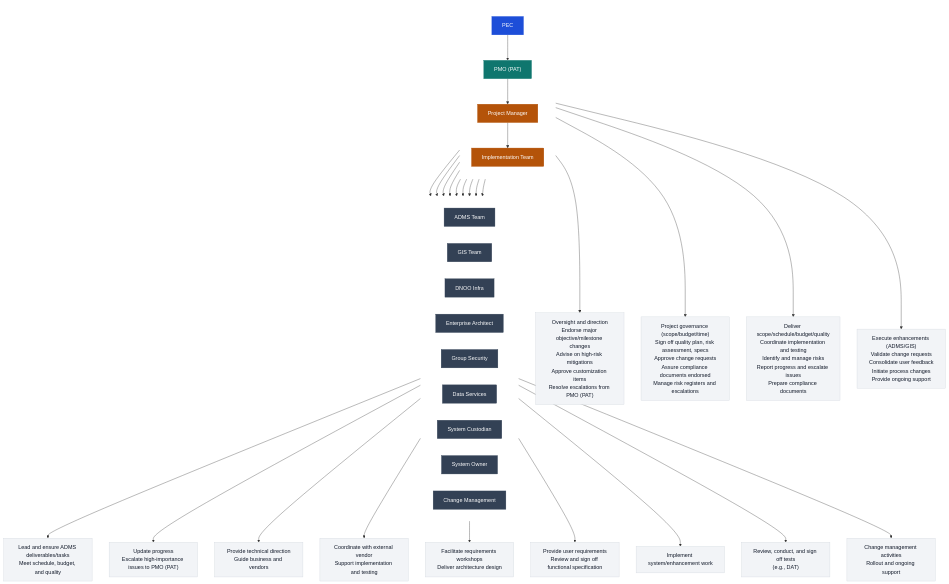
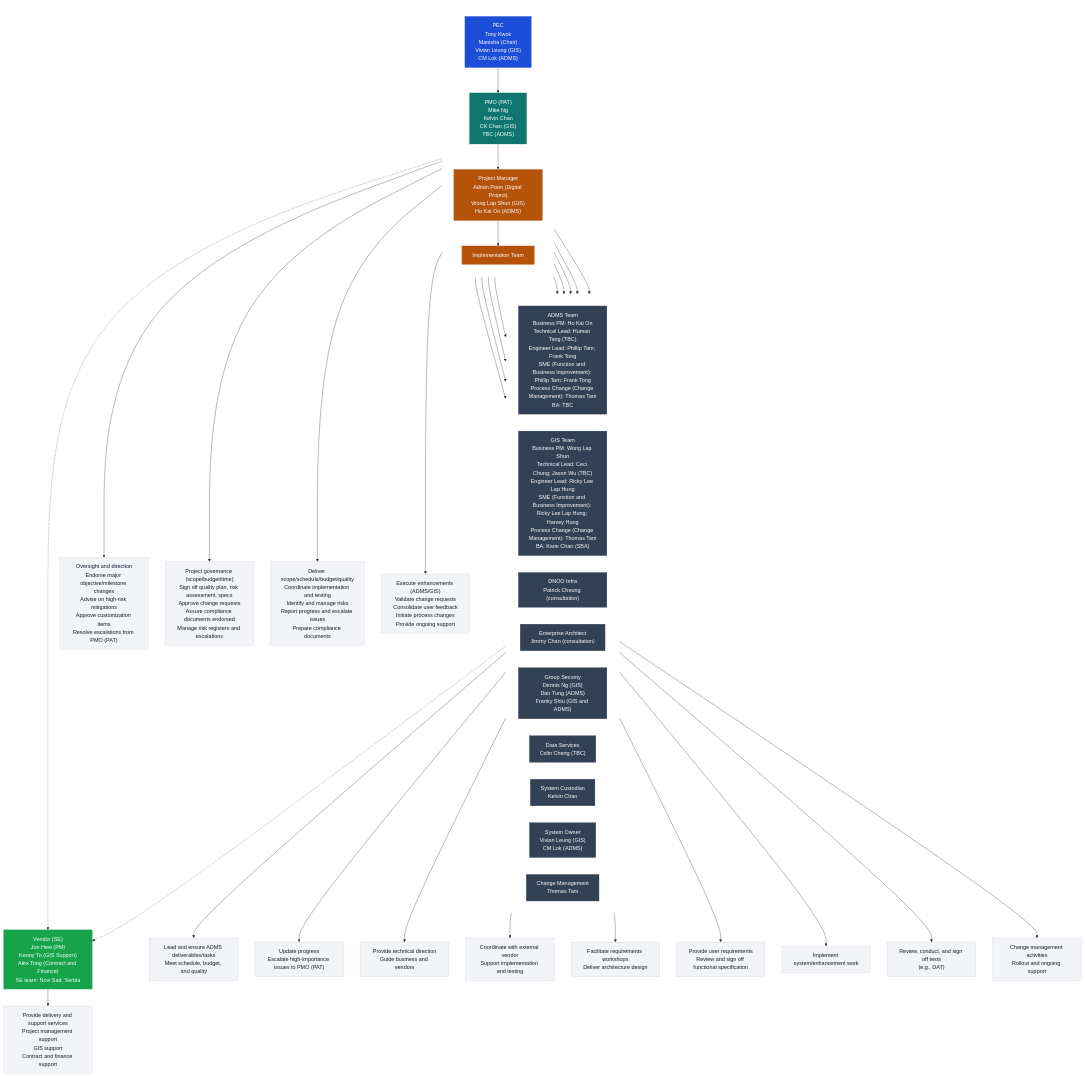
Before and after one commit to xuerxi1029/test_speckit: the diagram in specs/001-dnoo-enhancement/spec.md, drawn with Mermaid. The commit also changed other lines of this file, not shown here.

```diff
--- a/specs/001-dnoo-enhancement/spec.md
+++ b/specs/001-dnoo-enhancement/spec.md
@@ -277,9 +277,9 @@
   %% --- Governance chain (roles) ---
   subgraph GOV[" "]
     direction TB
-    PEC_ROLE["PEC"]
-    PMO_ROLE["PMO (PAT)"]
-    PM_ROLE["Project Manager"]
+    PEC_ROLE["PEC<br/>Tony Kwok<br/>Manisha (Chair)<br/>Vivian Leung (GIS)<br/>CM Lok (ADMS)"]
+    PMO_ROLE["PMO (PAT)<br/>Mike Ng<br/>Kelvin Chan<br/>CK Chan (GIS)<br/>TBC (ADMS)"]
+    PM_ROLE["Project Manager<br/>Adrian Poon (Digital Project)<br/>Wong Lap Shun (GIS)<br/>Ho Kai On (ADMS)"]
     IT_ROLE["Implementation Team"]
     PEC_ROLE --> PMO_ROLE --> PM_ROLE --> IT_ROLE
   end
@@ -287,16 +287,19 @@
   %% --- Delivery teams (arranged left-to-right to reduce crossings) ---
   subgraph TEAMS[" "]
     direction LR
-    ADMS_ROLE["ADMS Team"]
-    GIS_ROLE["GIS Team"]
-    INFRA_ROLE["DNOO Infra"]
-    EA_ROLE["Enterprise Architect"]
-    SEC_ROLE["Group Security"]
-    DATA_ROLE["Data Services"]
-    CUST_ROLE["System Custodian"]
-    OWNER_ROLE["System Owner"]
-    CM_ROLE["Change Management"]
+    ADMS_ROLE["ADMS Team<br/>Business PM: Ho Kai On<br/>Technical Lead: Human Tang (TBC)<br/>Engineer Lead: Phillip Tam; Frank Tong<br/>SME (Function and Business Improvement): Phillip Tam; Frank Tong<br/>Process Change (Change Management): Thomas Tam<br/>BA: TBC"]
+    GIS_ROLE["GIS Team<br/>Business PM: Wong Lap Shun<br/>Technical Lead: Ceci Chung; Jason Wu (TBC)<br/>Engineer Lead: Ricky Lee Lap Hung<br/>SME (Function and Business Improvement): Ricky Lee Lap Hung; Harvey Hung<br/>Process Change (Change Management): Thomas Tam<br/>BA: Karie Chan (SBA)"]
+    INFRA_ROLE["DNOO Infra<br/>Patrick Cheung (consultation)"]
+    EA_ROLE["Enterprise Architect<br/>Jimmy Chan (consultation)"]
+    SEC_ROLE["Group Security<br/>Dennis Ng (GIS)<br/>Dan Tung (ADMS)<br/>Franky Shiu (GIS and ADMS)"]
+    DATA_ROLE["Data Services<br/>Colin Cheng (TBC)"]
+    CUST_ROLE["System Custodian<br/>Kelvin Chan"]
+    OWNER_ROLE["System Owner<br/>Vivian Leung (GIS)<br/>CM Lok (ADMS)"]
+    CM_ROLE["Change Management<br/>Thomas Tam"]
   end
+
+  %% --- Vendor (placed to the right; dotted relationships) ---
+  V_ROLE["Vendor (SE)<br/>Jon Hew (PM)<br/>Kenny To (GIS Support)<br/>Alex Tong (Contract and Finance)<br/>SE team: Novi Sad, Serbia"]
 
   IT_ROLE --> ADMS_ROLE
   IT_ROLE --> GIS_ROLE
@@ -307,6 +310,9 @@
   IT_ROLE --> CUST_ROLE
   IT_ROLE --> OWNER_ROLE
   IT_ROLE --> CM_ROLE
+
+  PM_ROLE -.-> V_ROLE
+  EA_ROLE -.-> V_ROLE
 
   %% --- Responsibilities (paired with each role) ---
   PEC_RESP["Oversight and direction<br/>Endorse major objective/milestone changes<br/>Advise on high-risk mitigations<br/>Approve customization items<br/>Resolve escalations from PMO (PAT)"]
@@ -324,6 +330,8 @@
   OWNER_RESP["Review, conduct, and sign off tests<br/>(e.g., DAT)"]
   CM_RESP["Change management activities<br/>Rollout and ongoing support"]
 
+  V_RESP["Provide delivery and support services<br/>Project management support<br/>GIS support<br/>Contract and finance support"]
+
   %% Pair role + responsibilities (keep visually grouped)
   PEC_ROLE --> PEC_RESP
   PMO_ROLE --> PMO_RESP
@@ -339,6 +347,7 @@
   CUST_ROLE --> CUST_RESP
   OWNER_ROLE --> OWNER_RESP
   CM_ROLE --> CM_RESP
+  V_ROLE --> V_RESP
 
   %% --- Styling ---
   classDef resp fill:#F2F4F7,stroke:#D0D5DD,color:#101828;
@@ -346,13 +355,16 @@
   classDef roleL2 fill:#0F766E,stroke:#0F766E,color:#FFFFFF;
   classDef roleL3 fill:#B45309,stroke:#B45309,color:#FFFFFF;
   classDef roleL4 fill:#334155,stroke:#334155,color:#FFFFFF;
+  classDef vendor fill:#16A34A,stroke:#16A34A,color:#FFFFFF;
 
   class PEC_ROLE roleL1;
   class PMO_ROLE roleL2;
   class PM_ROLE,IT_ROLE roleL3;
   class ADMS_ROLE,GIS_ROLE,INFRA_ROLE,EA_ROLE,SEC_ROLE,DATA_ROLE,CUST_ROLE,OWNER_ROLE,CM_ROLE roleL4;
 
-  class PEC_RESP,PMO_RESP,PM_RESP,IT_RESP,ADMS_RESP,GIS_RESP,INFRA_RESP,EA_RESP,SEC_RESP,DATA_RESP,CUST_RESP,OWNER_RESP,CM_RESP resp;
+  class V_ROLE vendor;
+
+  class PEC_RESP,PMO_RESP,PM_RESP,IT_RESP,ADMS_RESP,GIS_RESP,INFRA_RESP,EA_RESP,SEC_RESP,DATA_RESP,CUST_RESP,OWNER_RESP,CM_RESP,V_RESP resp;
 
   %% Hide subgraph borders (visual polish)
   style GOV fill:transparent,stroke:transparent
```
